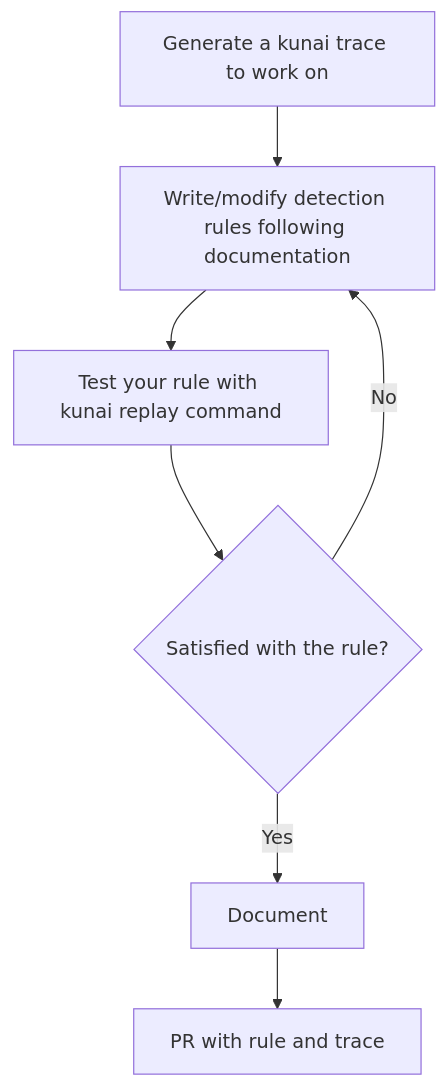
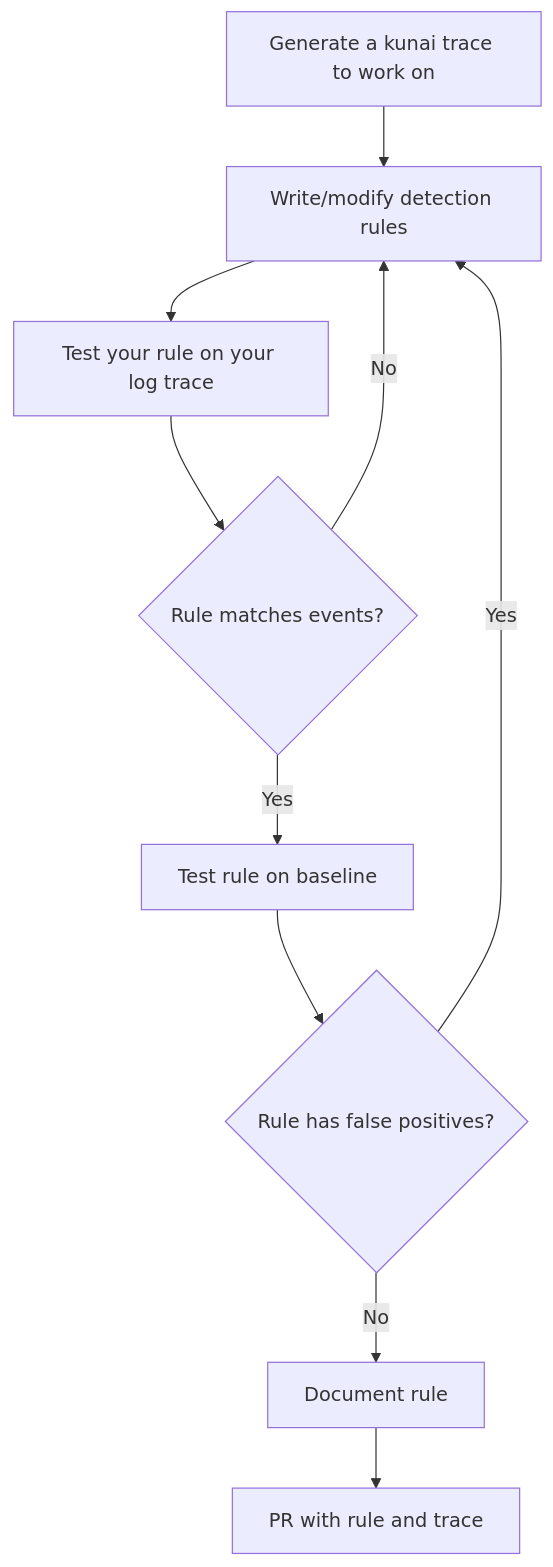
The diagram in README.md (kunai-project/community-rules), drawn with Mermaid before and after one commit. The commit also changed other lines of this file, not shown here.

````diff
--- a/README.md
+++ b/README.md
@@ -9,9 +7,12 @@
 ```mermaid
 graph TD
-    A[Generate a kunai trace to work on] --> B[Write/modify detection rules following documentation]
-    B --> C[Test your rule with kunai replay command]
-    C --> D{Satisfied with the rule?}
+    A[Generate a kunai trace to work on] --> B[Write/modify detection rules]
+    B --> C[Test your rule on your log trace]
+    C --> D{Rule matches events?}
     D -- No --> B
-    D -- Yes --> E[Document]
-    E --> F[PR with rule and trace]
+    D -- Yes --> E[Test rule on baseline]
+    E --> F{Rule has false positives?}
+    F -- Yes --> B
+    F -- No --> G[Document rule]
+    G --> H[PR with rule and trace]
 ```
````
